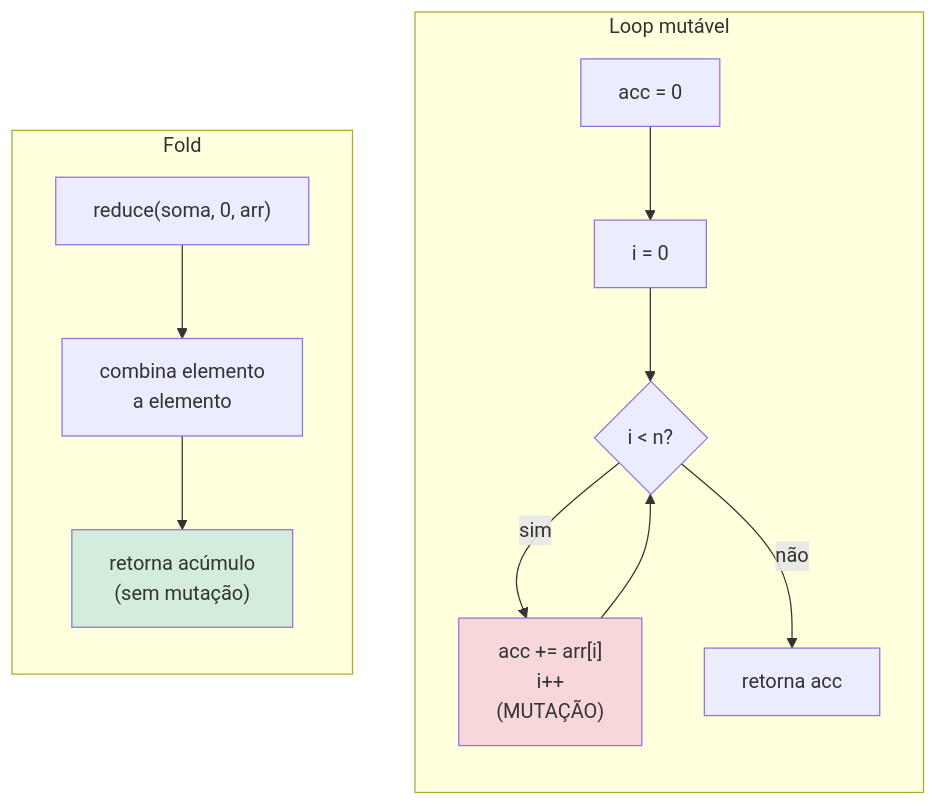
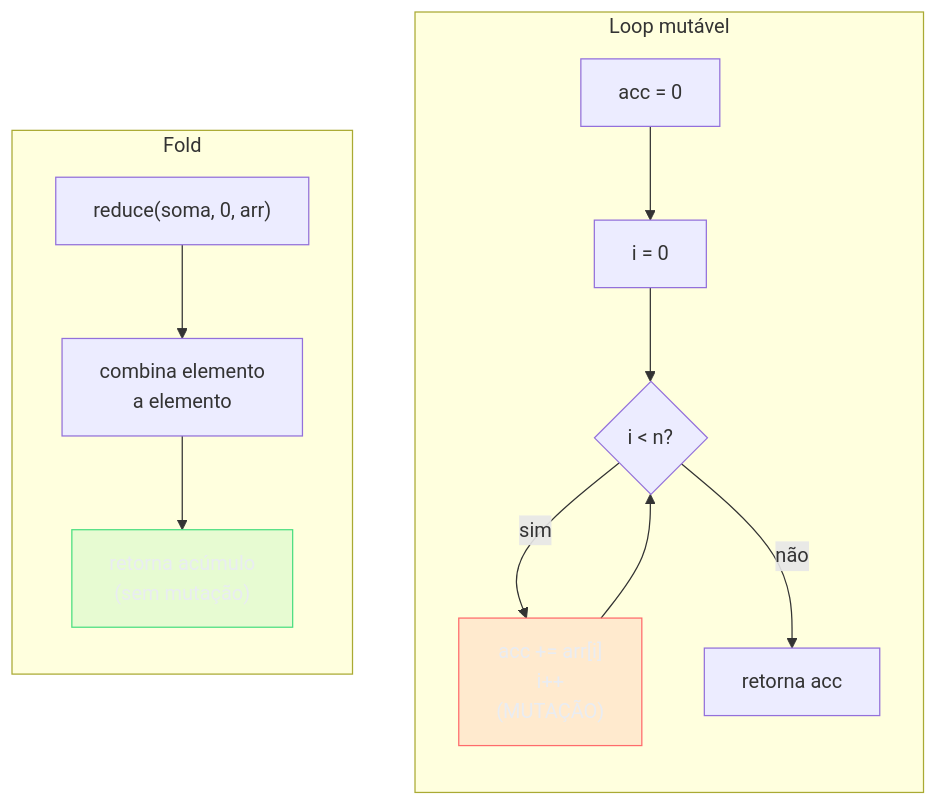
One commit to josenaldo/codex-technomanticus changed the fourth of 4 diagrams in 03-Dominios/Ciência/Paradigmas/06 - Composição e recursão.md. Above: the diagram before and after it, drawn with Mermaid. The commit also changed other lines of this file and 1181 other files, not shown here.

First line of the commit message:
fix(diagramas): paleta do sistema no lugar de cor cravada no markdown

````diff
--- a/03-Dominios/Ciência/Paradigmas/06 - Composição e recursão.md
+++ b/03-Dominios/Ciência/Paradigmas/06 - Composição e recursão.md
@@ -263,18 +270,20 @@
 ```mermaid
 flowchart TD
+  classDef falha fill:#FF6B6B24,stroke:#FF6B6B,color:#E9ECF2
+  classDef ok fill:#4ADE8021,stroke:#4ADE80,color:#E9ECF2
   subgraph IMP["Loop mutável"]
     direction TB
     I1["acc = 0"] --> I2["i = 0"]
     I2 --> I3{"i < n?"}
     I3 -->|"sim"| I4["acc += arr[i]<br/>i++<br/>(MUTAÇÃO)"]
     I4 --> I3
     I3 -->|"não"| I5["retorna acc"]
   end
   subgraph FUN["Fold"]
     direction TB
     F1["reduce(soma, 0, arr)"] --> F2["combina elemento<br/>a elemento"]
     F2 --> F3["retorna acúmulo<br/>(sem mutação)"]
   end
-  style I4 fill:#f8d7da
-  style F3 fill:#d4edda
+  class I4 falha
+  class F3 ok
 ```
````
